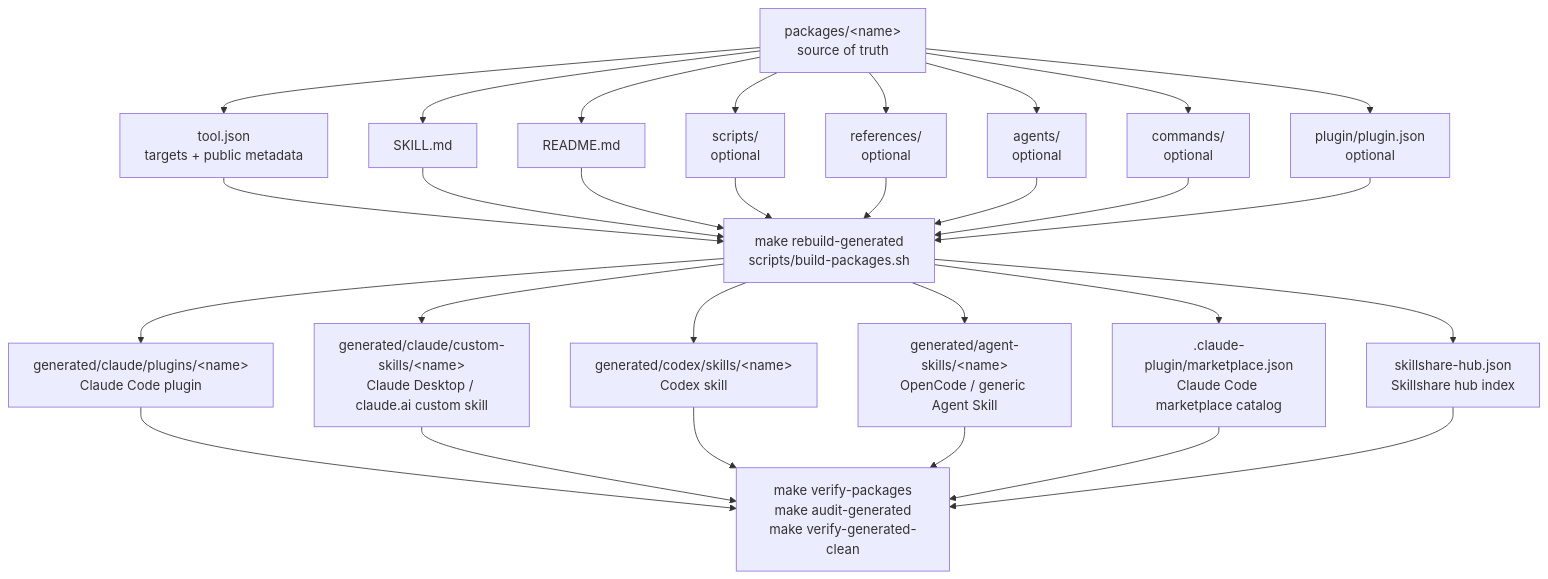
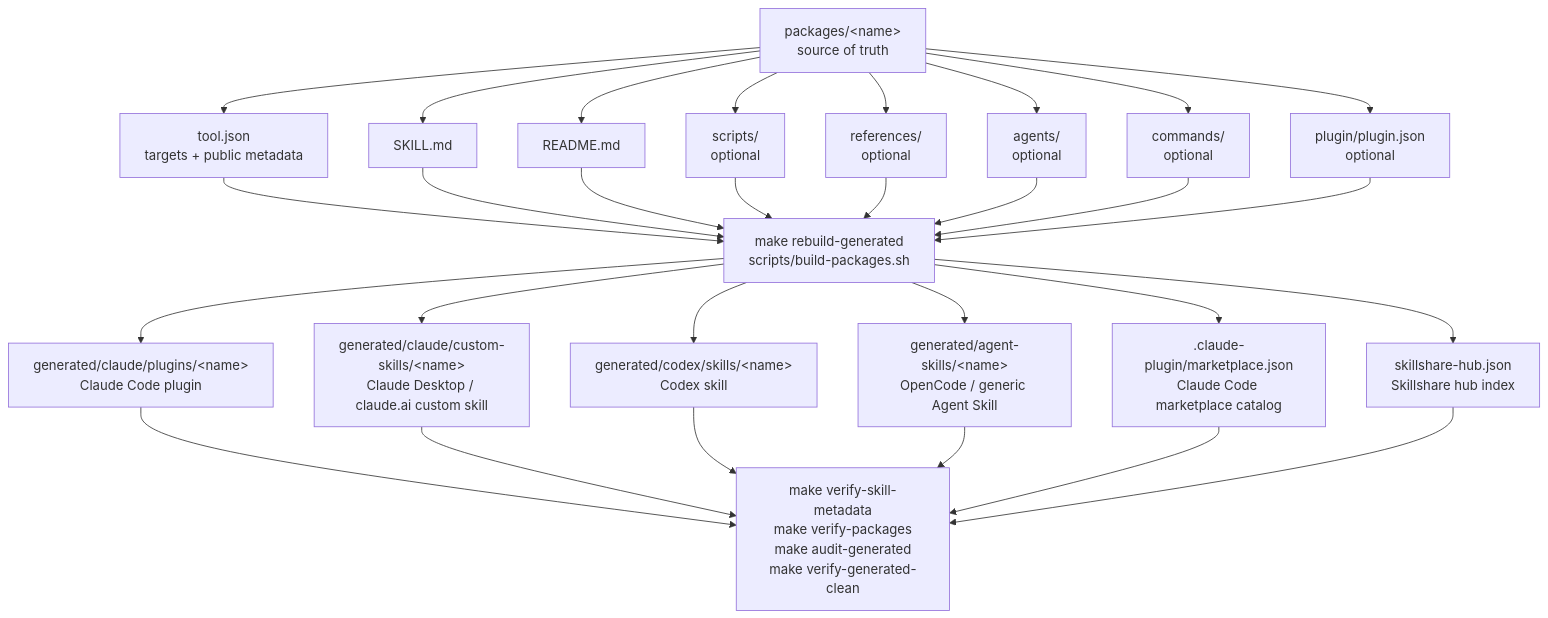
The first of 3 diagrams in docs/distribution-targets.md (heyNag/charms), drawn with Mermaid before and after one commit. The commit also changed other lines of this file and 60 other files, not shown here.

Commit message:
Adopt Skillshare hub metadata flow

````diff
--- a/docs/distribution-targets.md
+++ b/docs/distribution-targets.md
@@ -34,34 +34,34 @@
 ```mermaid
 flowchart TD
   P["packages/&lt;name&gt;<br/>source of truth"] --> T["tool.json<br/>targets + public metadata"]
   P --> S["SKILL.md"]
   P --> R["README.md"]
   P --> H["scripts/<br/>optional"]
   P --> F["references/<br/>optional"]
   P --> A["agents/<br/>optional"]
   P --> C["commands/<br/>optional"]
   P --> M["plugin/plugin.json<br/>optional"]
 
   T --> B["make rebuild-generated<br/>scripts/build-packages.sh"]
   S --> B
   R --> B
   H --> B
   F --> B
   A --> B
   C --> B
   M --> B
 
   B --> CC["generated/claude/plugins/&lt;name&gt;<br/>Claude Code plugin"]
   B --> CD["generated/claude/custom-skills/&lt;name&gt;<br/>Claude Desktop / claude.ai custom skill"]
   B --> CX["generated/codex/skills/&lt;name&gt;<br/>Codex skill"]
   B --> AG["generated/agent-skills/&lt;name&gt;<br/>OpenCode / generic Agent Skill"]
   B --> MP[".claude-plugin/marketplace.json<br/>Claude Code marketplace catalog"]
   B --> SH["skillshare-hub.json<br/>Skillshare hub index"]
 
-  CC --> V["make verify-packages<br/>make audit-generated<br/>make verify-generated-clean"]
+  CC --> V["make verify-skill-metadata<br/>make verify-packages<br/>make audit-generated<br/>make verify-generated-clean"]
   CD --> V
   CX --> V
   AG --> V
   MP --> V
   SH --> V
 ```
````
